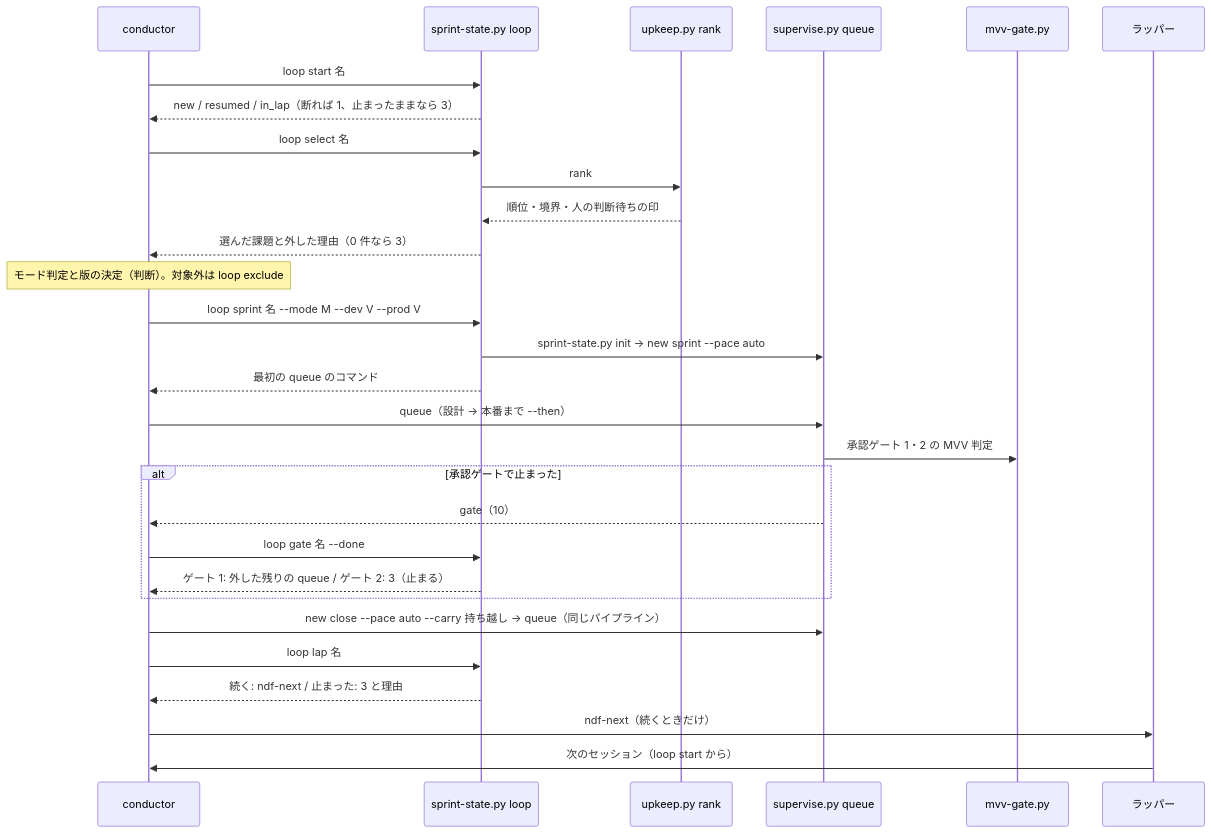
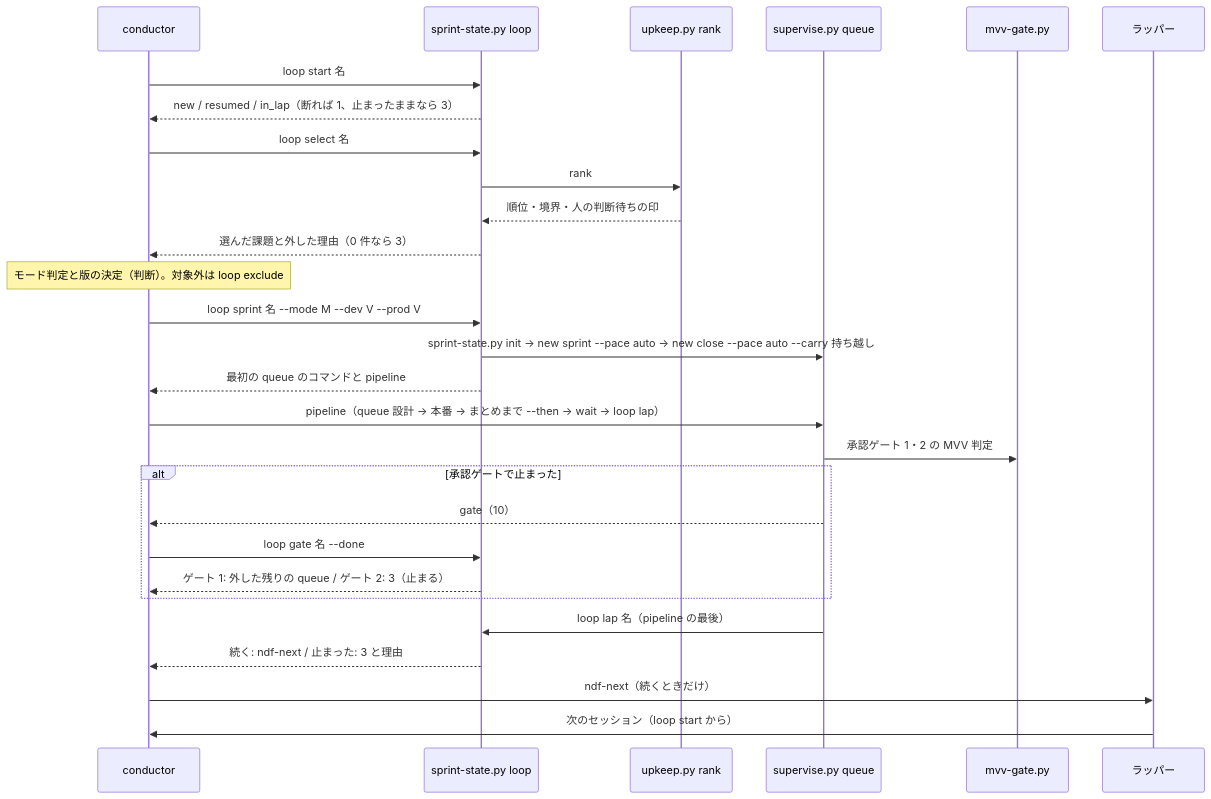
Before and after one commit to devbasex/ai-plugins: the fifth of 6 diagrams in issues/issue-2089-design.md, drawn with Mermaid. The commit also changed other lines of this file, not shown here.

````diff
--- a/issues/issue-2089-design.md
+++ b/issues/issue-2089-design.md
@@ -600,31 +602,30 @@
 ```mermaid
 sequenceDiagram
     participant C as conductor
     participant S as sprint-state.py loop
     participant R as upkeep.py rank
     participant Q as supervise.py queue
     participant G as mvv-gate.py
     participant RL as ラッパー
     C->>S: loop start 名
     S-->>C: new / resumed / in_lap（断れば 1、止まったままなら 3）
     C->>S: loop select 名
     S->>R: rank
     R-->>S: 順位・境界・人の判断待ちの印
     S-->>C: 選んだ課題と外した理由（0 件なら 3）
     Note over C: モード判定と版の決定（判断）。対象外は loop exclude
     C->>S: loop sprint 名 --mode M --dev V --prod V
-    S->>Q: sprint-state.py init → new sprint --pace auto
-    S-->>C: 最初の queue のコマンド
-    C->>Q: queue（設計 → 本番まで --then）
+    S->>Q: sprint-state.py init → new sprint --pace auto → new close --pace auto --carry 持ち越し
+    S-->>C: 最初の queue のコマンドと pipeline
+    C->>Q: pipeline（queue 設計 → 本番 → まとめまで --then → wait → loop lap）
     Q->>G: 承認ゲート 1・2 の MVV 判定
     alt 承認ゲートで止まった
         Q-->>C: gate（10）
         C->>S: loop gate 名 --done
         S-->>C: ゲート 1: 外した残りの queue / ゲート 2: 3（止まる）
     end
-    C->>Q: new close --pace auto --carry 持ち越し → queue（同じパイプライン）
-    C->>S: loop lap 名
+    Q->>S: loop lap 名（pipeline の最後）
     S-->>C: 続く: ndf-next / 止まった: 3 と理由
     C->>RL: ndf-next（続くときだけ）
     RL->>C: 次のセッション（loop start から）
 ```
````
